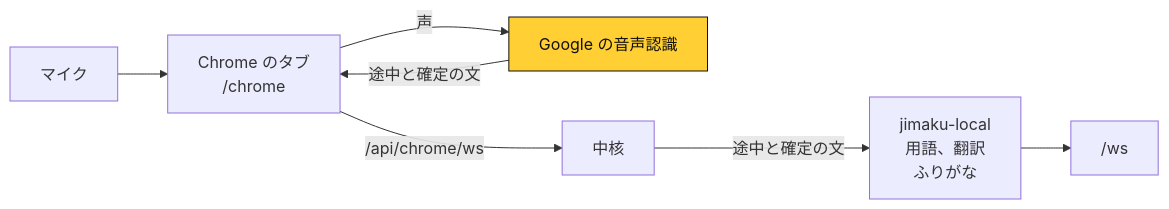
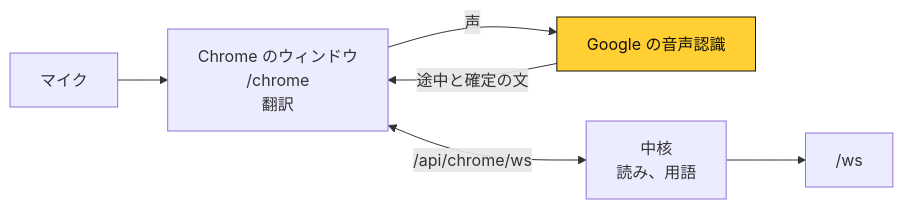
Before and after one commit to Chiji1108/deadlock-jimaku: the fourth of 4 diagrams in README.md, drawn with Mermaid. The commit also changed other lines of this file and 55 other files, not shown here.

First line of the commit message:
Chrome の音声認識と翻訳に揃え、ふりがなと辞書の一致を core に組み込む

````diff
--- a/README.md
+++ b/README.md
@@ -104,11 +120,10 @@
 ```mermaid
 flowchart LR
-  mic["マイク"] --> tab["Chrome のタブ<br/>/chrome"]
+  mic["マイク"] --> tab["Chrome のウィンドウ<br/>/chrome<br/>翻訳"]
   tab -- "声" --> google["Google の音声認識"]
   google -- "途中と確定の文" --> tab
-  tab -- "/api/chrome/ws" --> core["中核"]
-  core -- "途中と確定の文" --> helper["jimaku-local<br/>用語、翻訳<br/>ふりがな"]
-  helper --> ws["/ws"]
+  tab <-- "/api/chrome/ws" --> core["中核<br/>読み、用語"]
+  core --> ws["/ws"]
   classDef cloud fill:#ffcf33,stroke:#12110e,color:#12110e
   class google cloud
 ```
````
